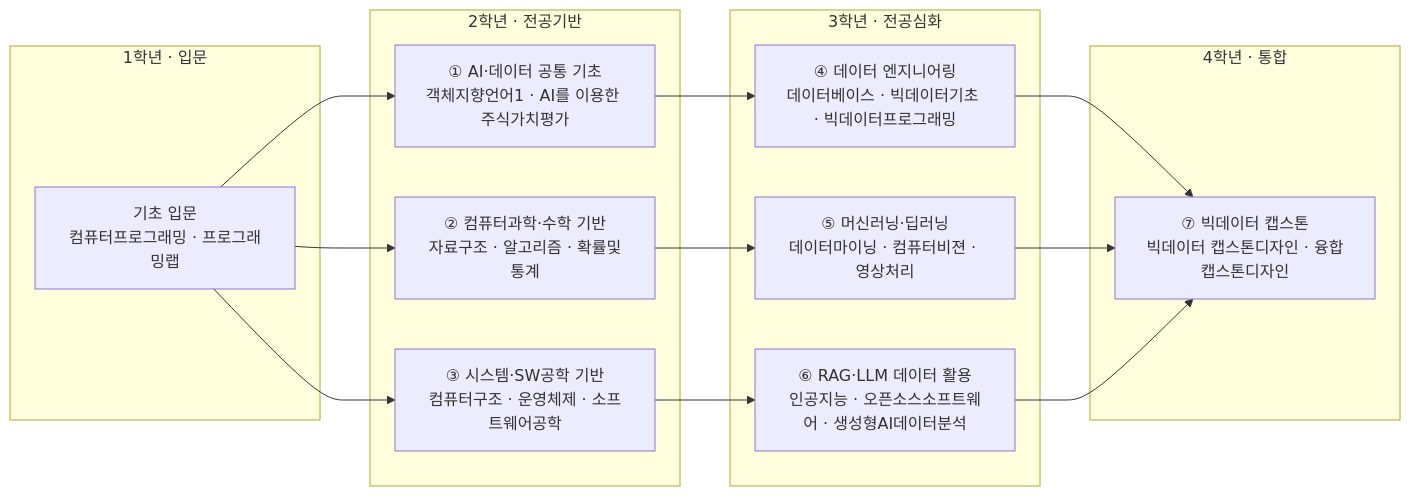
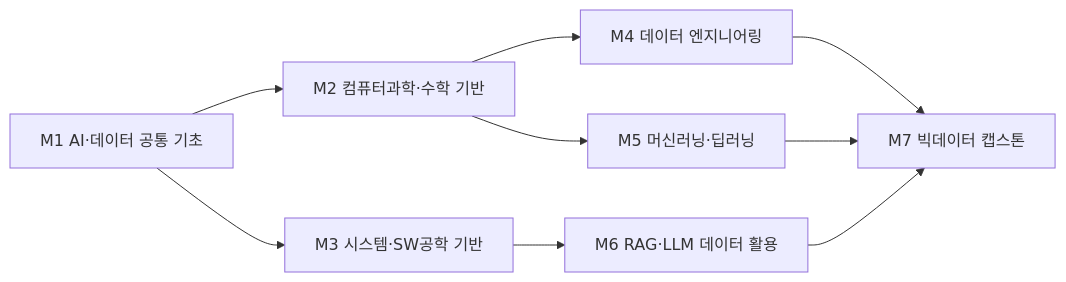
The diagram in docs/it/big-data.md (parclab-hsu/ai-curriculum-2026), drawn with Mermaid before and after one commit. The commit also changed other lines of this file and 22 other files, not shown here.

````diff
--- a/docs/it/big-data.md
+++ b/docs/it/big-data.md
@@ -132,28 +144,11 @@
 ```mermaid
 flowchart LR
-  subgraph Y1["1학년 · 입문"]
-    A0["기초 입문<br/>컴퓨터프로그래밍 · 프로그래밍랩"]
-  end
-  subgraph Y2["2학년 · 전공기반"]
-    M1["① AI·데이터 공통 기초<br/>객체지향언어1 · AI를 이용한 주식가치평가"]
-    M2["② 컴퓨터과학·수학 기반<br/>자료구조 · 알고리즘 · 확률및통계"]
-    M3["③ 시스템·SW공학 기반<br/>컴퓨터구조 · 운영체제 · 소프트웨어공학"]
-  end
-  subgraph Y3["3학년 · 전공심화"]
-    M4["④ 데이터 엔지니어링<br/>데이터베이스 · 빅데이터기초 · 빅데이터프로그래밍"]
-    M5["⑤ 머신러닝·딥러닝<br/>데이터마이닝 · 컴퓨터비젼 · 영상처리"]
-    M6["⑥ RAG·LLM 데이터 활용<br/>인공지능 · 오픈소스소프트웨어 · 생성형AI데이터분석"]
-  end
-  subgraph Y4["4학년 · 통합"]
-    CAP["⑦ 빅데이터 캡스톤<br/>빅데이터 캡스톤디자인 · 융합캡스톤디자인"]
-  end
-  A0 --> M1
-  A0 --> M2
-  A0 --> M3
-  M1 --> M4
-  M2 --> M5
-  M3 --> M6
-  M4 --> CAP
+  M1["M1 AI·데이터 공통 기초"] --> M2["M2 컴퓨터과학·수학 기반"]
+  M1 --> M3["M3 시스템·SW공학 기반"]
+  M2 --> M4["M4 데이터 엔지니어링"]
+  M2 --> M5["M5 머신러닝·딥러닝"]
+  M3 --> M6["M6 RAG·LLM 데이터 활용"]
+  M4 --> CAP["M7 빅데이터 캡스톤"]
   M5 --> CAP
   M6 --> CAP
 ```
````
